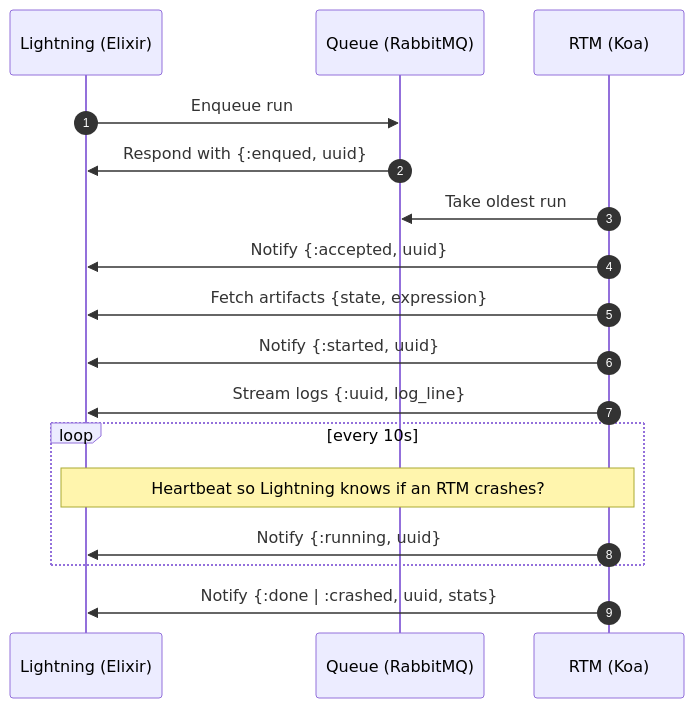
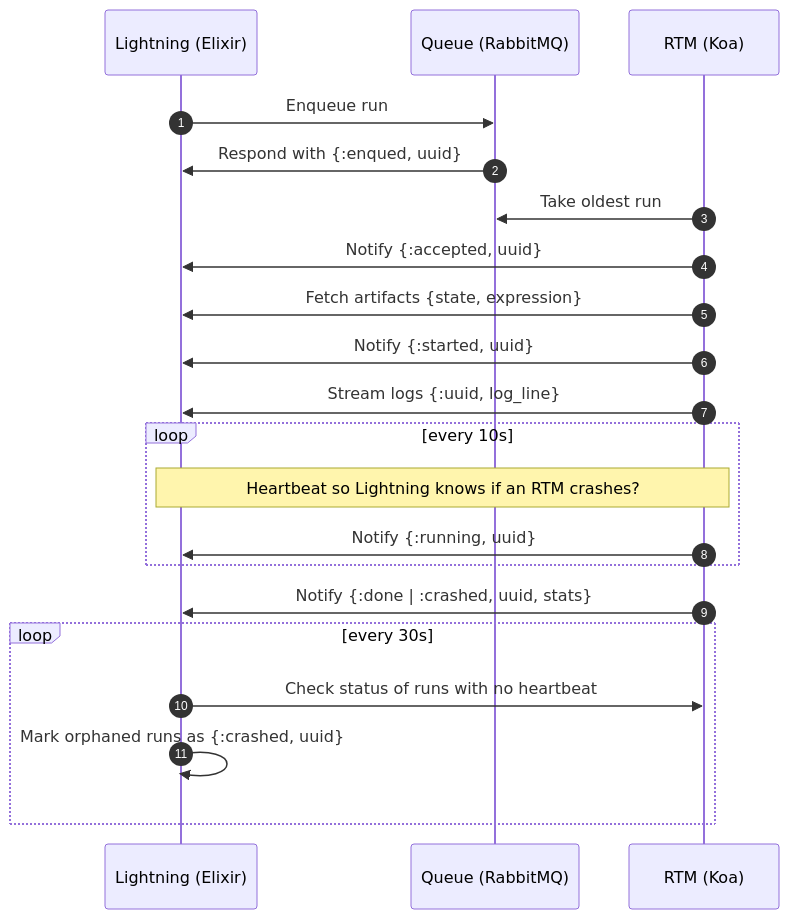
The diagram in web-queue-worker.md (OpenFn/lightning), drawn with Mermaid before and after one commit.

Commit message:
check status of orphan runs

````diff
--- a/web-queue-worker.md
+++ b/web-queue-worker.md
@@ -5,19 +5,23 @@
 ```mermaid
 sequenceDiagram
 autonumber
     participant L as Lightning (Elixir)
     participant Q as Queue (RabbitMQ)
     participant R as RTM (Koa)
     L->>Q: Enqueue run
     Q->>L: Respond with {:enqued, uuid}
     R->>Q: Take oldest run
     R->>L: Notify {:accepted, uuid}
     R->>L: Fetch artifacts {state, expression}
     R->>L: Notify {:started, uuid}
     R->>L: Stream logs {:uuid, log_line}
     loop every 10s
     Note over R,L: Heartbeat so Lightning knows if an RTM crashes?
     R->>L: Notify {:running, uuid}
     end
     R->>L: Notify {:done | :crashed, uuid, stats}
+    loop every 30s
+    L->>R: Check status of runs with no heartbeat
+    L->>L: Mark orphaned runs as {:crashed, uuid}
+    end
 ```
````
